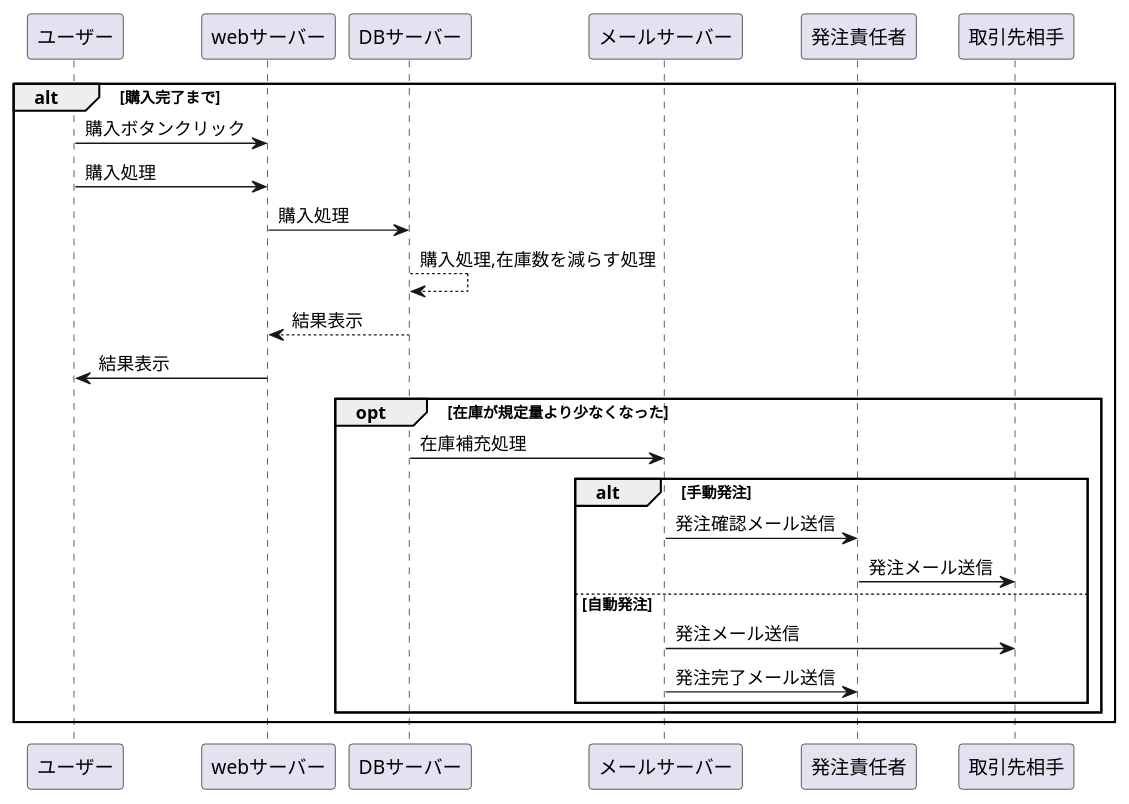
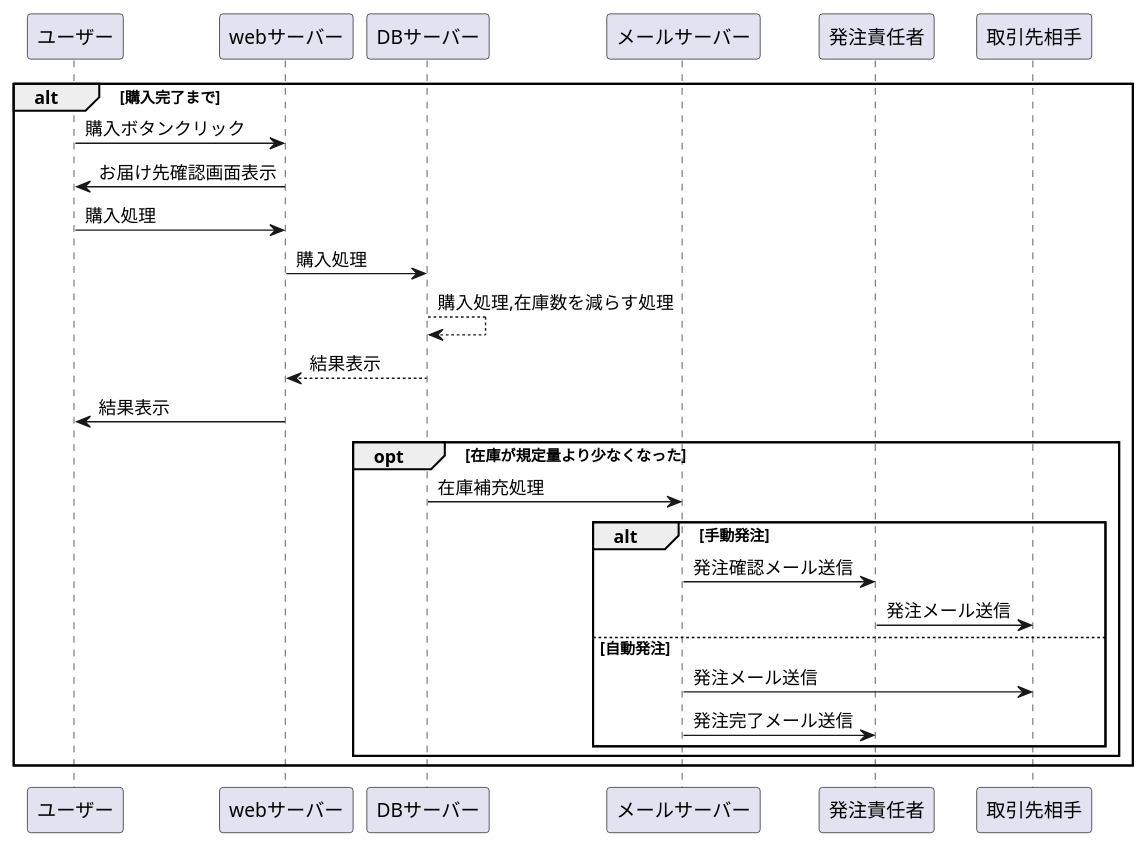
One commit to aso2001036/kaihatu changed the diagram in 業務フロー図/flow2.md. Above: the diagram before and after it, drawn with PlantUML.

````diff
--- a/業務フロー図/flow2.md
+++ b/業務フロー図/flow2.md
@@ -1,25 +1,26 @@
 ```uml
 @startuml
 alt 購入完了まで
 
 ユーザー -> webサーバー : 購入ボタンクリック
+webサーバー -> ユーザー : お届け先確認画面表示
 
 
 ユーザー -> webサーバー : 購入処理
 webサーバー -> DBサーバー: 購入処理
 DBサーバー --> DBサーバー : 購入処理,在庫数を減らす処理
 DBサーバー --> webサーバー: 結果表示
 webサーバー -> ユーザー : 結果表示
 opt 在庫が規定量より少なくなった
 DBサーバー -> メールサーバー : 在庫補充処理
 alt 手動発注
 メールサーバー -> 発注責任者 : 発注確認メール送信
 発注責任者 -> 取引先相手 : 発注メール送信
 else 自動発注
 メールサーバー -> 取引先相手 : 発注メール送信
 メールサーバー -> 発注責任者 : 発注完了メール送信
 end
 end
 end
 @enduml
 ```
````
